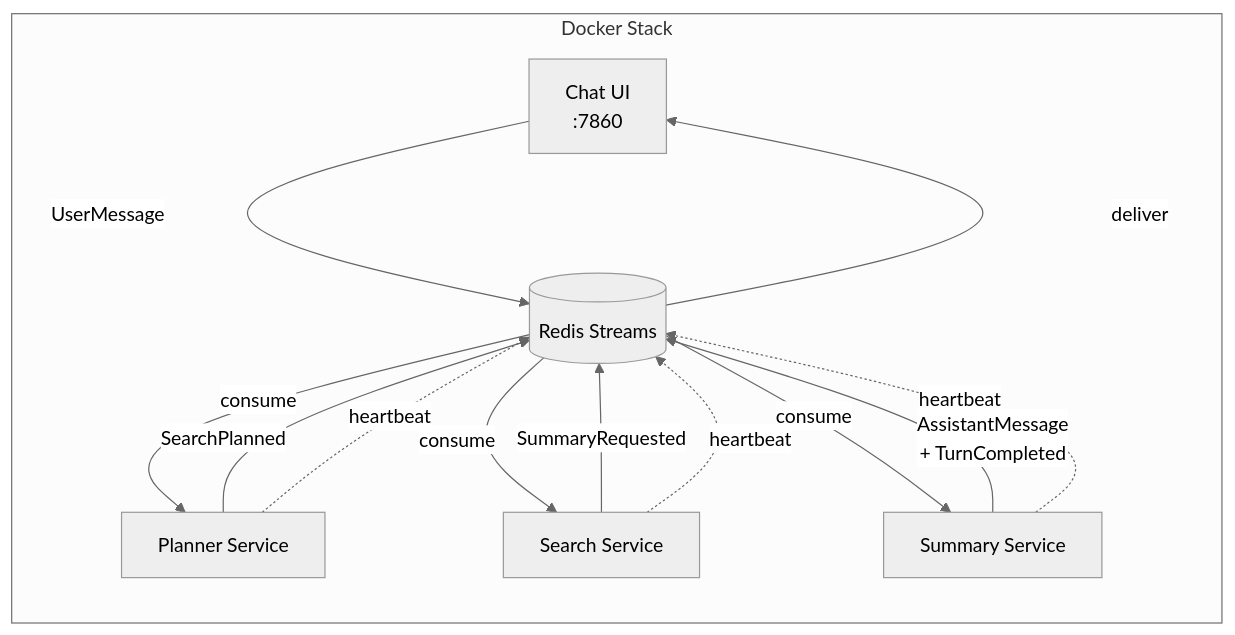
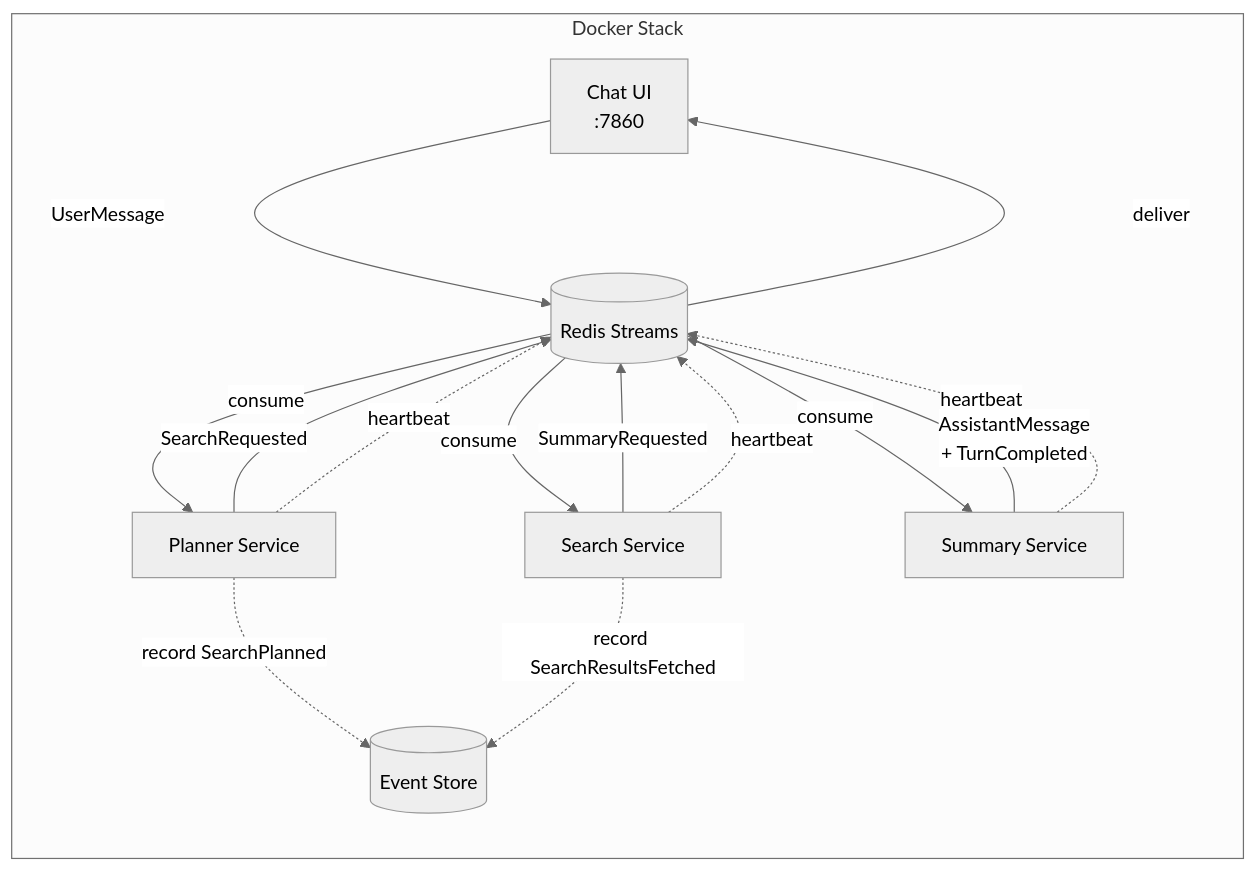
One commit to aispiritlab/aispiritlab-agentic changed the diagram in apps/docs/content/docs/workshops/lab6.mdx. Above: the diagram before and after it, drawn with Mermaid (neutral theme). The commit also changed other lines of this file and 320 other files, not shown here.

````diff
--- a/apps/docs/content/docs/workshops/lab6.mdx
+++ b/apps/docs/content/docs/workshops/lab6.mdx
@@ -15,17 +15,19 @@
 ```mermaid
 graph LR
     subgraph Docker Stack
         CH[Chat UI\n:7860] -->|UserMessage| RS[(Redis Streams)]
         RS -->|consume| PL[Planner Service]
-        PL -->|SearchPlanned| RS
+        PL -.->|record SearchPlanned| ES[(Event Store)]
+        PL -->|SearchRequested| RS
         RS -->|consume| SE[Search Service]
+        SE -.->|record SearchResultsFetched| ES
         SE -->|SummaryRequested| RS
         RS -->|consume| SU[Summary Service]
         SU -->|AssistantMessage\n+ TurnCompleted| RS
         RS -->|deliver| CH
     end
 
     PL -.->|heartbeat| RS
     SE -.->|heartbeat| RS
     SU -.->|heartbeat| RS
 ```
````
